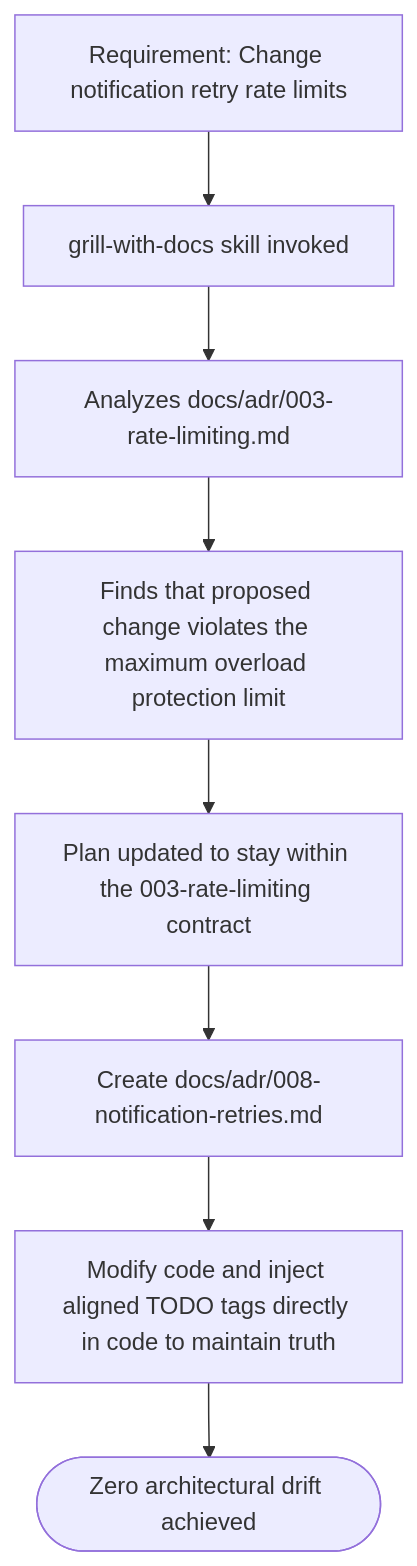
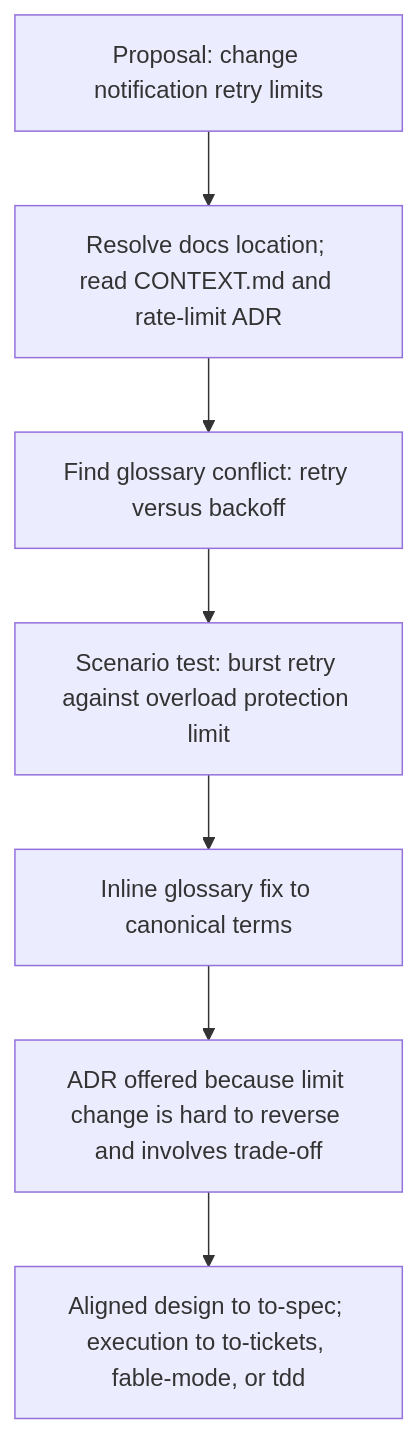
Before and after one commit to dyphn1/Harness-everything: the third of 3 diagrams in docs/workflows/grill-with-docs.md, drawn with Mermaid. The commit also changed other lines of this file and 16 other files, not shown here.

````diff
--- a/docs/workflows/grill-with-docs.md
+++ b/docs/workflows/grill-with-docs.md
@@ -50,10 +36,9 @@
 ```mermaid
 graph TD
-  Start["Requirement: Change notification retry rate limits"] --> Trigger["grill-with-docs skill invoked"]
-  Trigger --> ReadDocs["Analyzes docs/adr/003-rate-limiting.md"]
-  ReadDocs --> CheckDrift["Finds that proposed change violates the maximum overload protection limit"]
-  CheckDrift --> RefinePlan["Plan updated to stay within the 003-rate-limiting contract"]
-  RefinePlan --> CreateADR["Create docs/adr/008-notification-retries.md"]
-  CreateADR --> SyncCode["Modify code and inject aligned TODO tags directly in code to maintain truth"]
-  SyncCode --> Done([Zero architectural drift achieved])
+  RetryProposal["Proposal: change notification retry limits"] --> ResolveDocs["Resolve docs location; read CONTEXT.md and rate-limit ADR"]
+  ResolveDocs --> Conflict["Find glossary conflict: retry versus backoff"]
+  Conflict --> Scenario["Scenario test: burst retry against overload protection limit"]
+  Scenario --> GlossaryFix["Inline glossary fix to canonical terms"]
+  GlossaryFix --> ADRDecision["ADR offered because limit change is hard to reverse and involves trade-off"]
+  ADRDecision --> AlignedHandoff["Aligned design to to-spec; execution to to-tickets, fable-mode, or tdd"]
 ```
````
